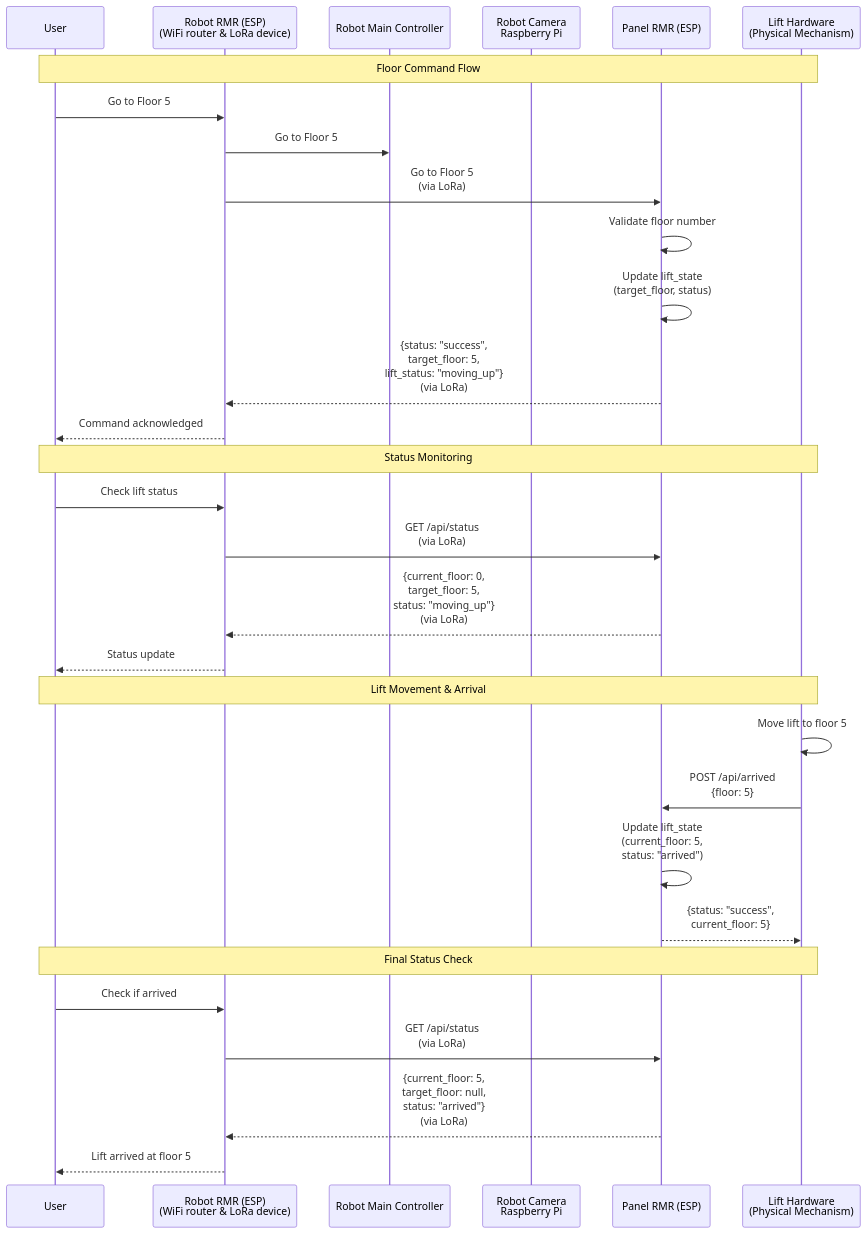
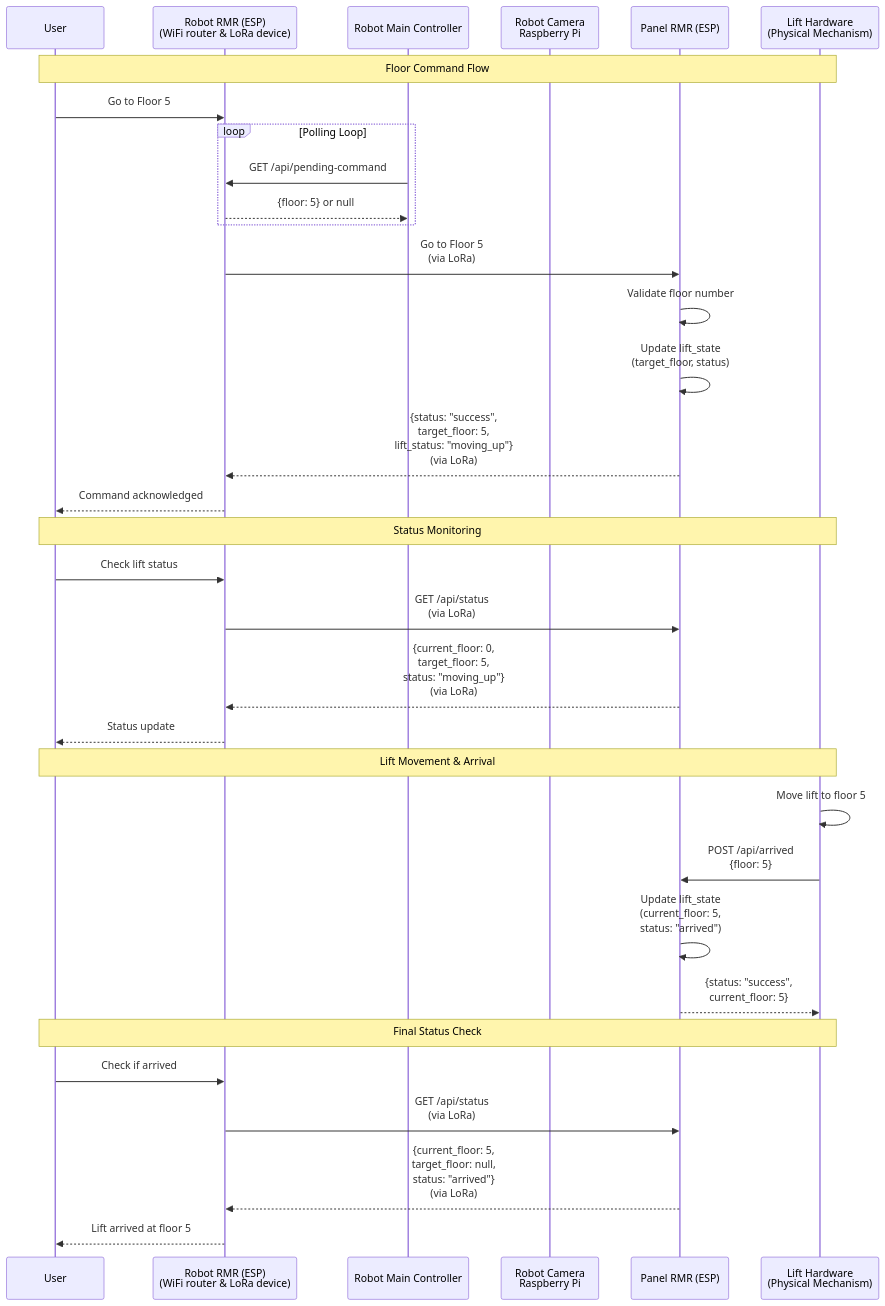
One commit to in-is-ah/rmr changed the first of 2 diagrams in sequence_diagram.md. Above: the diagram before and after it, drawn with Mermaid. The commit also changed other lines of this file, not shown here.

First line of the commit message:
Update sequence diagram with polling loop and cleanup

````diff
--- a/sequence_diagram.md
+++ b/sequence_diagram.md
@@ -5,36 +5,39 @@
 ```mermaid
 sequenceDiagram
     participant User
     participant ClientPi as Robot RMR (ESP)<br/>(WiFi router & LoRa device)
     participant RobotMainController as Robot Main Controller
     participant CameraModule as Robot Camera<br/>Raspberry Pi
     participant LiftService as Panel RMR (ESP)
     participant LiftHardware as Lift Hardware<br/>(Physical Mechanism)
 
     Note over User,LiftHardware: Floor Command Flow
     User->>ClientPi: Go to Floor 5
-    ClientPi->>RobotMainController: Go to Floor 5
+    loop Polling Loop
+        RobotMainController->>ClientPi: GET /api/pending-command
+        ClientPi-->>RobotMainController: {floor: 5} or null
+    end
     ClientPi->>LiftService: Go to Floor 5<br/>(via LoRa)
     LiftService->>LiftService: Validate floor number
     LiftService->>LiftService: Update lift_state<br/>(target_floor, status)
     LiftService-->>ClientPi: {status: "success",<br/>target_floor: 5,<br/>lift_status: "moving_up"}<br/>(via LoRa)
     ClientPi-->>User: Command acknowledged
     
     Note over User,LiftHardware: Status Monitoring
     User->>ClientPi: Check lift status
     ClientPi->>LiftService: GET /api/status<br/>(via LoRa)
     LiftService-->>ClientPi: {current_floor: 0,<br/>target_floor: 5,<br/>status: "moving_up"}<br/>(via LoRa)
     ClientPi-->>User: Status update
     
     Note over User,LiftHardware: Lift Movement & Arrival
     LiftHardware->>LiftHardware: Move lift to floor 5
     LiftHardware->>LiftService: POST /api/arrived<br/>{floor: 5}
     LiftService->>LiftService: Update lift_state<br/>(current_floor: 5,<br/>status: "arrived")
     LiftService-->>LiftHardware: {status: "success",<br/>current_floor: 5}
     
     Note over User,LiftHardware: Final Status Check
     User->>ClientPi: Check if arrived
     ClientPi->>LiftService: GET /api/status<br/>(via LoRa)
     LiftService-->>ClientPi: {current_floor: 5,<br/>target_floor: null,<br/>status: "arrived"}<br/>(via LoRa)
     ClientPi-->>User: Lift arrived at floor 5
 ```
````
